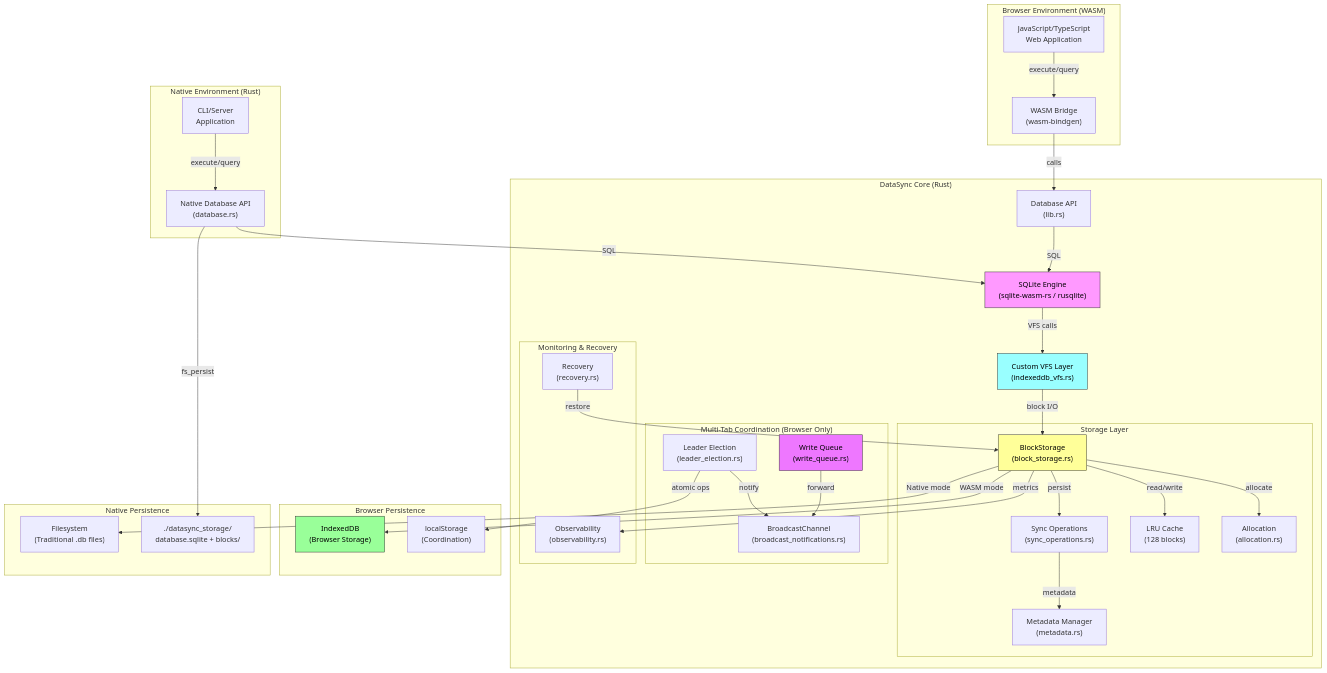
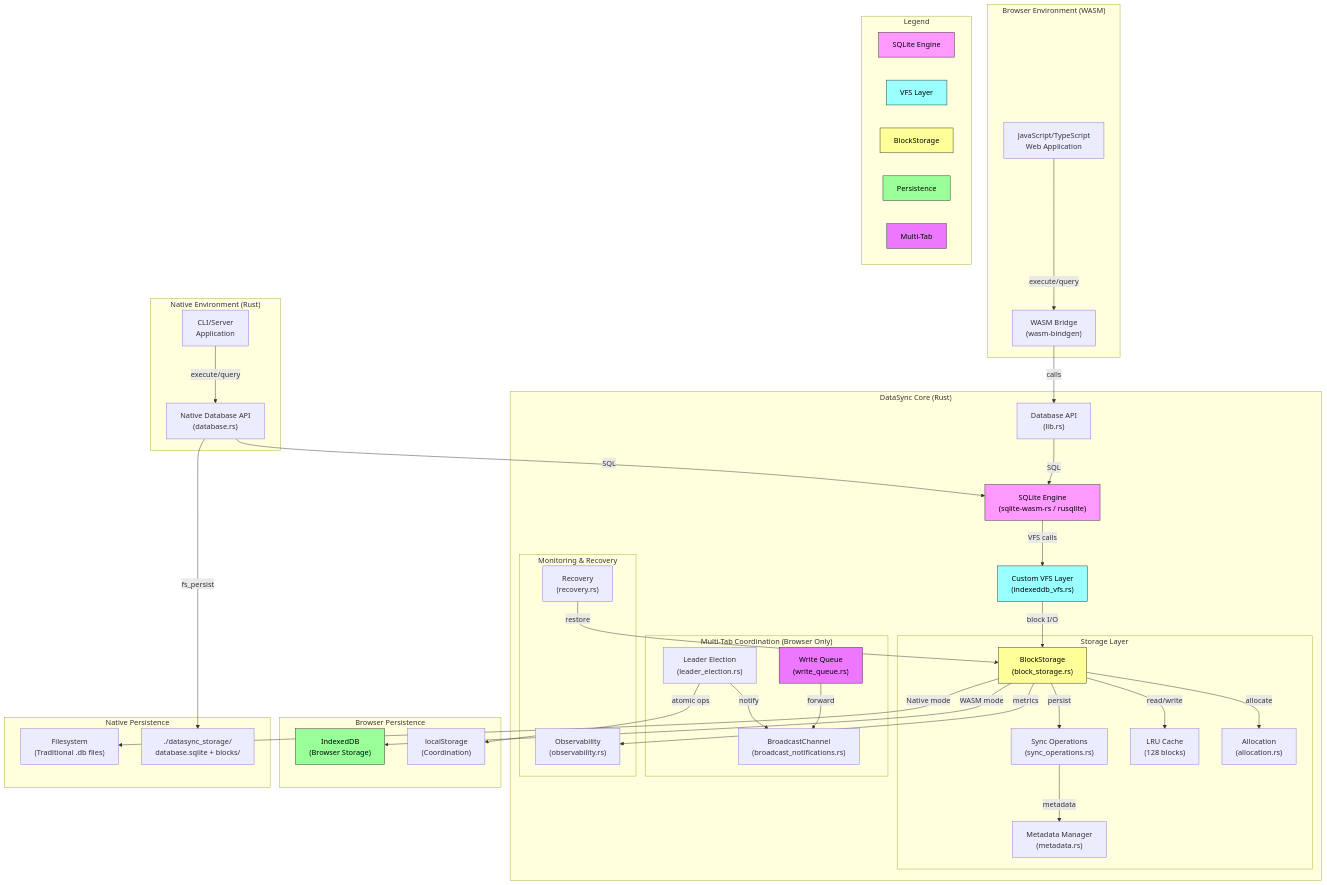
Before and after one commit to npiesco/absurder-sql: the diagram in README.md, drawn with Mermaid. The commit also changed other lines of this file, not shown here.

Commit message:
docs: Add color legend inside Mermaid diagram

````diff
--- a/README.md
+++ b/README.md
@@ -89,9 +89,22 @@
     QUEUE -->|forward| BCAST
     RECOVERY -->|restore| BS
     
+    subgraph Legend
+        L1["SQLite Engine"]
+        L2["VFS Layer"]
+        L3["BlockStorage"]
+        L4["Persistence"]
+        L5["Multi-Tab"]
+    end
+    
     style SQLITE fill:#f9f,stroke:#333,color:#000
     style VFS fill:#9ff,stroke:#333,color:#000
     style BS fill:#ff9,stroke:#333,color:#000
     style INDEXEDDB fill:#9f9,stroke:#333,color:#000
     style QUEUE fill:#e7f,stroke:#333,color:#000
+    style L1 fill:#f9f,stroke:#333,color:#000
+    style L2 fill:#9ff,stroke:#333,color:#000
+    style L3 fill:#ff9,stroke:#333,color:#000
+    style L4 fill:#9f9,stroke:#333,color:#000
+    style L5 fill:#e7f,stroke:#333,color:#000
 ```
````
